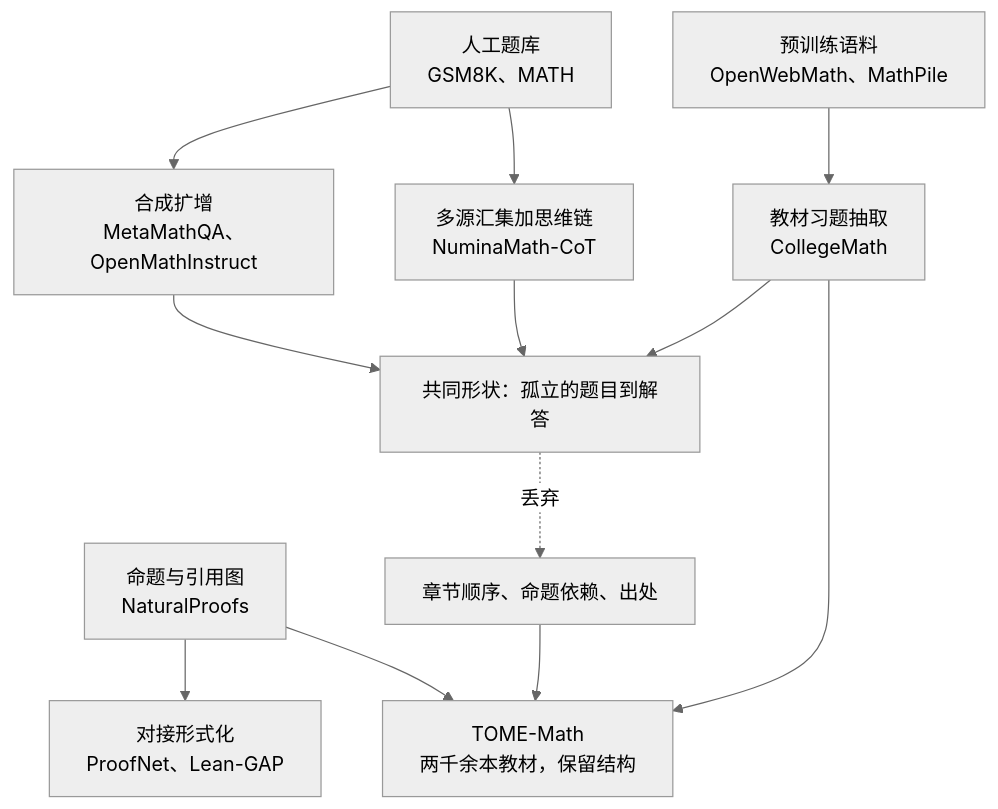
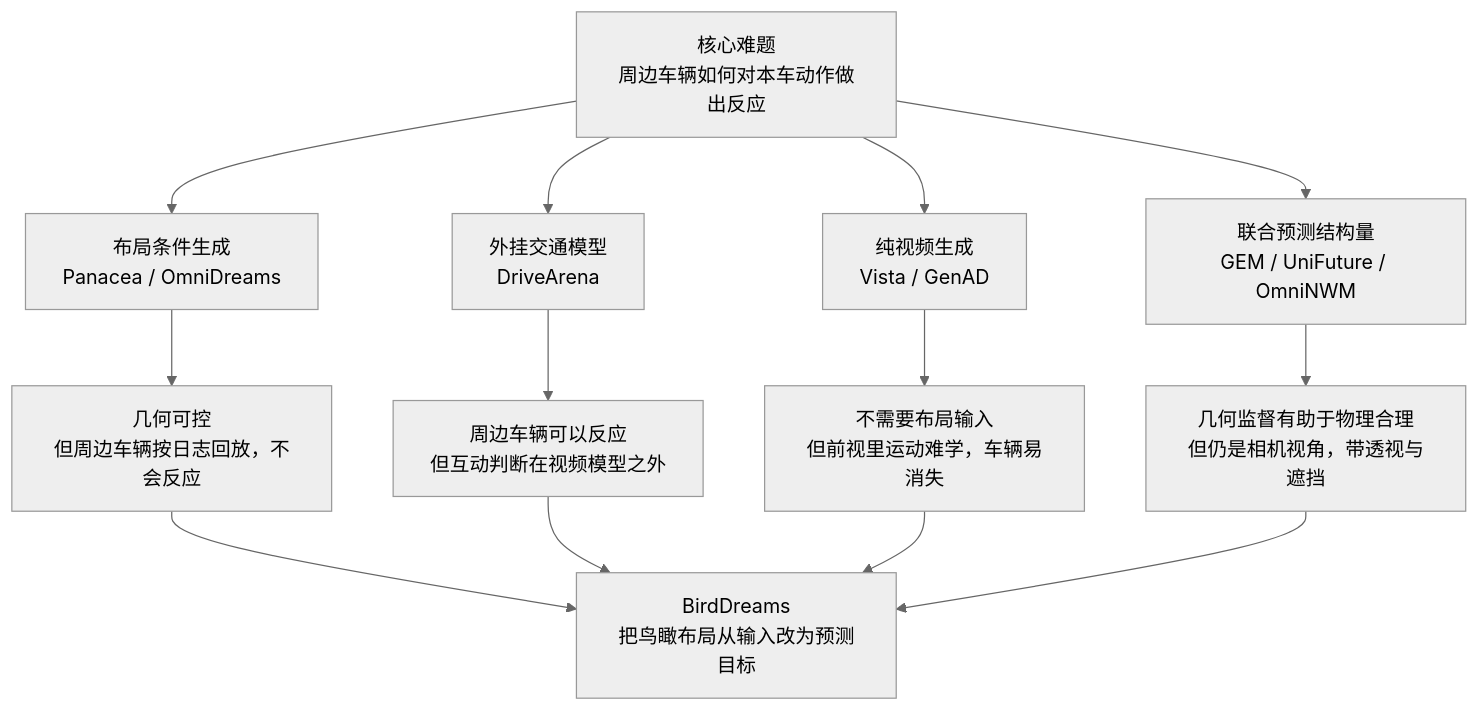
Before and after one commit to yingwang/paper-reads: the first of 5 diagrams in docs/index.md, drawn with Mermaid (neutral theme). The commit also changed other lines of this file and 2 other files, not shown here.

````diff
--- a/docs/index.md
+++ b/docs/index.md
@@ -66,14 +94,15 @@
 ```mermaid
-graph TD
-  A["人工题库<br/>GSM8K、MATH"] --> B["合成扩增<br/>MetaMathQA、OpenMathInstruct"]
-  A --> C["多源汇集加思维链<br/>NuminaMath-CoT"]
-  D["预训练语料<br/>OpenWebMath、MathPile"] --> E["教材习题抽取<br/>CollegeMath"]
-  F["命题与引用图<br/>NaturalProofs"] --> G["对接形式化<br/>ProofNet、Lean-GAP"]
-  B --> H["共同形状：孤立的题目到解答"]
-  C --> H
-  E --> H
-  H -.->|丢弃| I["章节顺序、命题依赖、出处"]
-  F --> J["TOME-Math<br/>两千余本教材，保留结构"]
-  E --> J
-  I --> J
+flowchart TB
+    A["核心难题<br/>周边车辆如何对本车动作做出反应"] --> B["布局条件生成<br/>Panacea / OmniDreams"]
+    A --> C["外挂交通模型<br/>DriveArena"]
+    A --> D["纯视频生成<br/>Vista / GenAD"]
+    A --> E["联合预测结构量<br/>GEM / UniFuture / OmniNWM"]
+    B --> B1["几何可控<br/>但周边车辆按日志回放，不会反应"]
+    C --> C1["周边车辆可以反应<br/>但互动判断在视频模型之外"]
+    D --> D1["不需要布局输入<br/>但前视里运动难学，车辆易消失"]
+    E --> E1["几何监督有助于物理合理<br/>但仍是相机视角，带透视与遮挡"]
+    B1 --> F["BirdDreams<br/>把鸟瞰布局从输入改为预测目标"]
+    C1 --> F
+    D1 --> F
+    E1 --> F
 ```
````
